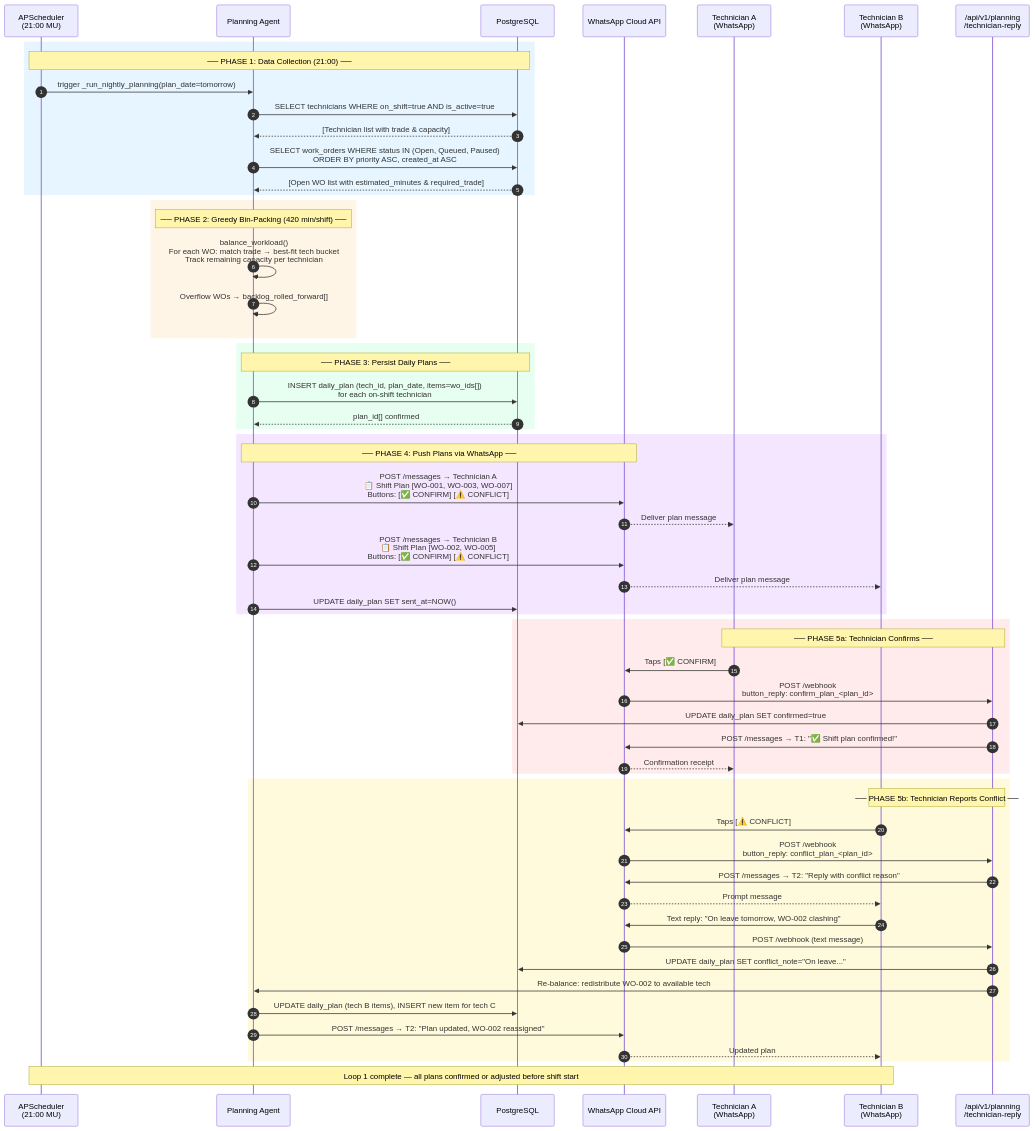
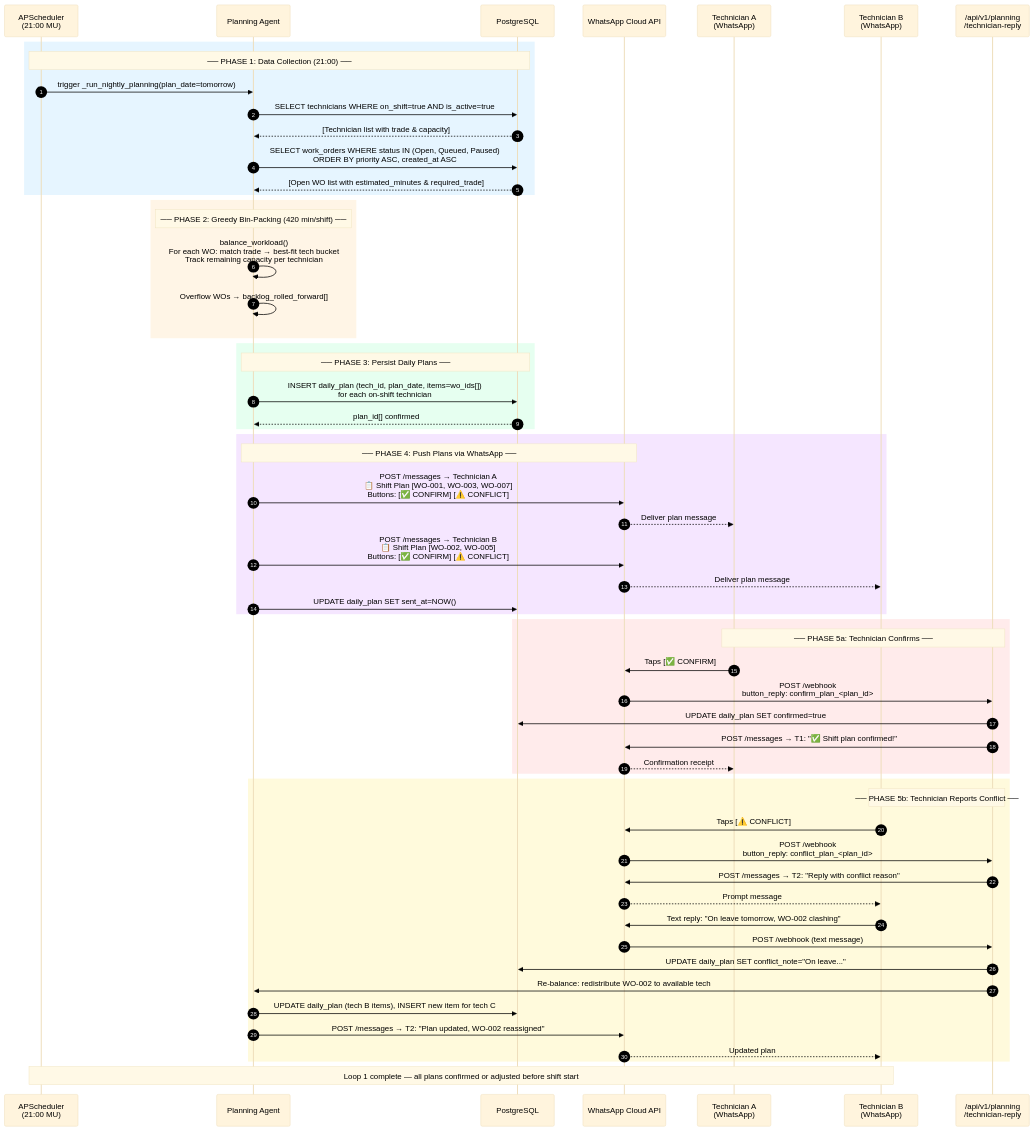
One commit to sumailasherif/Rt_Knits_AI_Challenge changed the first of 2 diagrams in cmms_backend/docs/diagrams.md. Above: the diagram before and after it, drawn with Mermaid. The commit also changed other lines of this file and 9 other files, not shown here.

Commit message:
New format of diagrams

````diff
--- a/cmms_backend/docs/diagrams.md
+++ b/cmms_backend/docs/diagrams.md
@@ -7,68 +7,69 @@
 ```mermaid
+%%{init: { 'theme': 'base', 'themeVariables': { 'actorTextColor': '#000000', 'noteTextColor': '#000000', 'signalColor': '#000000', 'signalTextColor': '#000000', 'labelTextColor': '#000000', 'loopTextColor': '#000000', 'actorBackground': '#F0F4F8', 'noteBkgColor': '#FFF9E6' } } }%%
 sequenceDiagram
     autonumber
 
     participant CRON  as APScheduler<br/>(21:00 MU)
     participant PA    as Planning Agent
     participant DB    as PostgreSQL
     participant WA    as WhatsApp Cloud API
     participant T1    as Technician A<br/>(WhatsApp)
     participant T2    as Technician B<br/>(WhatsApp)
     participant HOOK  as /api/v1/planning<br/>/technician-reply
 
     rect rgb(230, 245, 255)
         Note over CRON,DB: ── PHASE 1: Data Collection (21:00) ──
         CRON->>PA: trigger _run_nightly_planning(plan_date=tomorrow)
         PA->>DB: SELECT technicians WHERE on_shift=true AND is_active=true
         DB-->>PA: [Technician list with trade & capacity]
         PA->>DB: SELECT work_orders WHERE status IN (Open, Queued, Paused)<br/>ORDER BY priority ASC, created_at ASC
         DB-->>PA: [Open WO list with estimated_minutes & required_trade]
     end
 
     rect rgb(255, 245, 230)
         Note over PA: ── PHASE 2: Greedy Bin-Packing (420 min/shift) ──
         PA->>PA: balance_workload()<br/>For each WO: match trade → best-fit tech bucket<br/>Track remaining capacity per technician
         PA->>PA: Overflow WOs → backlog_rolled_forward[]
     end
 
     rect rgb(230, 255, 240)
         Note over PA,DB: ── PHASE 3: Persist Daily Plans ──
         PA->>DB: INSERT daily_plan (tech_id, plan_date, items=wo_ids[])<br/>for each on-shift technician
         DB-->>PA: plan_id[] confirmed
     end
 
     rect rgb(245, 230, 255)
         Note over PA,WA: ── PHASE 4: Push Plans via WhatsApp ──
         PA->>WA: POST /messages → Technician A<br/>📋 Shift Plan [WO-001, WO-003, WO-007]<br/>Buttons: [✅ CONFIRM] [⚠️ CONFLICT]
         WA-->>T1: Deliver plan message
         PA->>WA: POST /messages → Technician B<br/>📋 Shift Plan [WO-002, WO-005]<br/>Buttons: [✅ CONFIRM] [⚠️ CONFLICT]
         WA-->>T2: Deliver plan message
         PA->>DB: UPDATE daily_plan SET sent_at=NOW()
     end
 
     rect rgb(255, 235, 235)
         Note over T1,HOOK: ── PHASE 5a: Technician Confirms ──
         T1->>WA: Taps [✅ CONFIRM]
         WA->>HOOK: POST /webhook<br/>button_reply: confirm_plan_<plan_id>
         HOOK->>DB: UPDATE daily_plan SET confirmed=true
         HOOK->>WA: POST /messages → T1: "✅ Shift plan confirmed!"
         WA-->>T1: Confirmation receipt
     end
 
     rect rgb(255, 250, 220)
         Note over T2,HOOK: ── PHASE 5b: Technician Reports Conflict ──
         T2->>WA: Taps [⚠️ CONFLICT]
         WA->>HOOK: POST /webhook<br/>button_reply: conflict_plan_<plan_id>
         HOOK->>WA: POST /messages → T2: "Reply with conflict reason"
         WA-->>T2: Prompt message
         T2->>WA: Text reply: "On leave tomorrow, WO-002 clashing"
         WA->>HOOK: POST /webhook (text message)
         HOOK->>DB: UPDATE daily_plan SET conflict_note="On leave..."
         HOOK->>PA: Re-balance: redistribute WO-002 to available tech
         PA->>DB: UPDATE daily_plan (tech B items), INSERT new item for tech C
         PA->>WA: POST /messages → T2: "Plan updated, WO-002 reassigned"
         WA-->>T2: Updated plan
     end
 
     Note over CRON,T2: Loop 1 complete — all plans confirmed or adjusted before shift start
 ```
````
